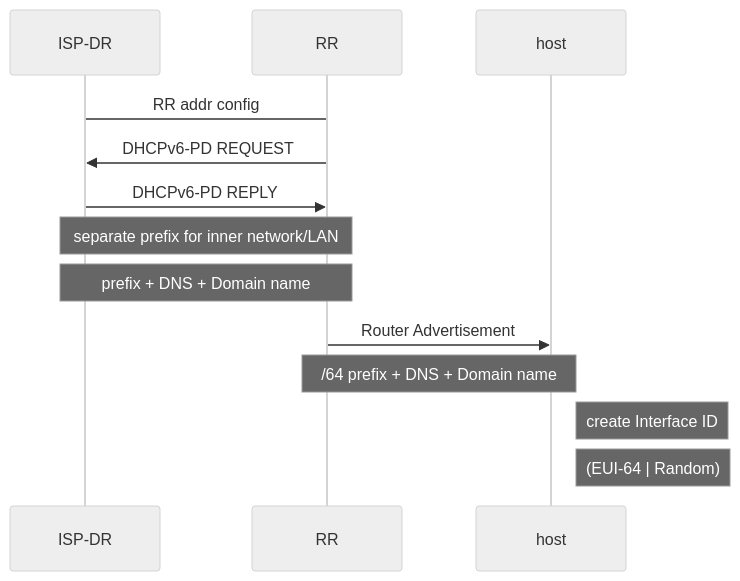
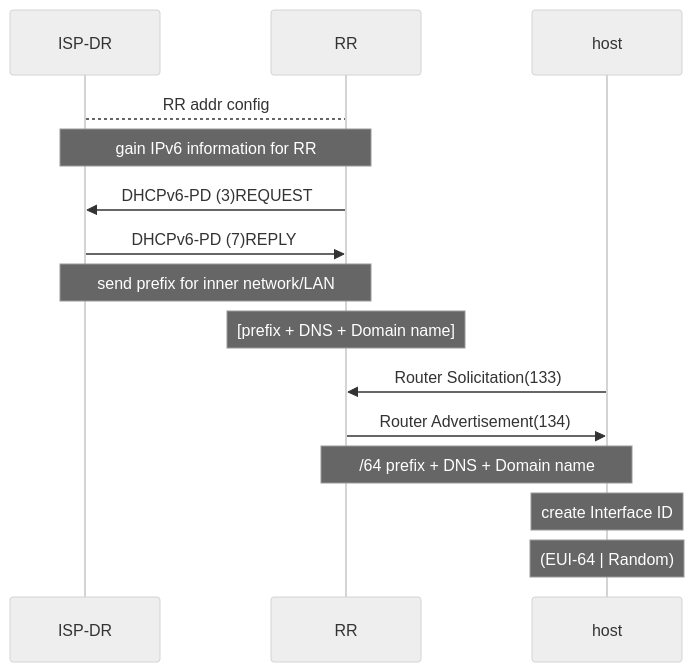
The third of 3 diagrams in IPv6/[2]IPv6 ICMPv6 + NDP + Dyn addr config.md (77Dice/PND_Notes), drawn with Mermaid (neutral theme) before and after one commit. The commit also changed other lines of this file, not shown here.

````diff
--- a/IPv6/[2]IPv6 ICMPv6 + NDP + Dyn addr config.md
+++ b/IPv6/[2]IPv6 ICMPv6 + NDP + Dyn addr config.md
@@ -188,12 +186,14 @@
 ```mermaid
 sequenceDiagram
-	ISP-DR->RR : RR addr config
-	RR->>ISP-DR : DHCPv6-PD  REQUEST
-    ISP-DR->>RR : DHCPv6-PD REPLY
-    note over ISP-DR,RR : separate prefix for inner network/LAN
-    note over ISP-DR,RR : prefix + DNS + Domain name
-    RR->>host : Router Advertisement           
+	ISP-DR-->RR : RR addr config
+	note over ISP-DR,RR : gain IPv6 information for RR
+	RR->>ISP-DR : DHCPv6-PD (3)REQUEST
+    ISP-DR->>RR : DHCPv6-PD (7)REPLY
+    note over ISP-DR,RR : send prefix for inner network/LAN
+    note over RR : [prefix + DNS + Domain name]
+	host->>RR : Router Solicitation(133)
+    RR->>host : Router Advertisement(134)           
     note over RR,host : /64 prefix + DNS + Domain name
-    note right of host : create Interface ID
-	note right of host :  (EUI-64 | Random)
+    note over host : create Interface ID
+	note over host :  (EUI-64 | Random)	
 ```
````
